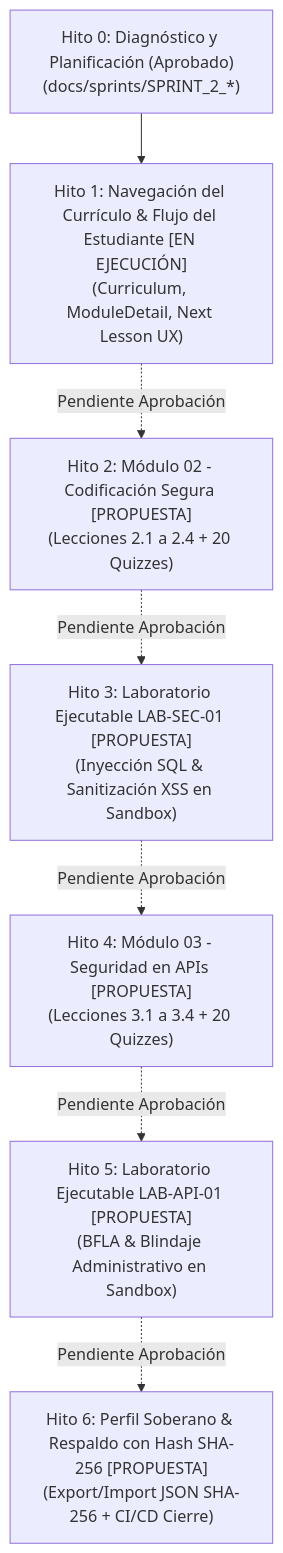
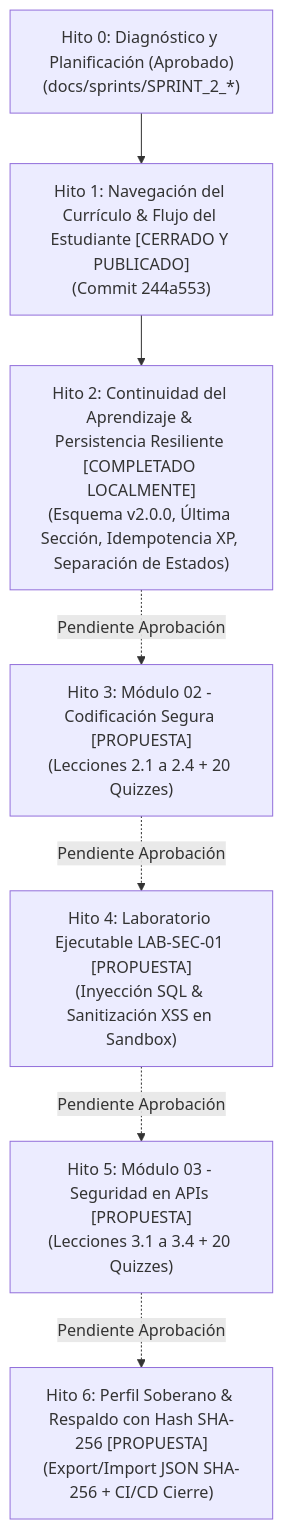
Before and after one commit to YamiCueto/app-sec-academy-io: the diagram in docs/sprints/SPRINT_2_PLAN.md, drawn with Mermaid. The commit also changed other lines of this file and 18 other files, not shown here.

````diff
--- a/docs/sprints/SPRINT_2_PLAN.md
+++ b/docs/sprints/SPRINT_2_PLAN.md
@@ -18,9 +18,9 @@
 ```mermaid
 graph TD
-    S2_H0["Hito 0: Diagnóstico y Planificación (Aprobado)<br/>(docs/sprints/SPRINT_2_*)"] --> S2_H1["Hito 1: Navegación del Currículo & Flujo del Estudiante [EN EJECUCIÓN]<br/>(Curriculum, ModuleDetail, Next Lesson UX)"]
-    S2_H1 -. "Pendiente Aprobación" .-> S2_H2["Hito 2: Módulo 02 - Codificación Segura [PROPUESTA]<br/>(Lecciones 2.1 a 2.4 + 20 Quizzes)"]
-    S2_H2 -. "Pendiente Aprobación" .-> S2_H3["Hito 3: Laboratorio Ejecutable LAB-SEC-01 [PROPUESTA]<br/>(Inyección SQL & Sanitización XSS en Sandbox)"]
-    S2_H3 -. "Pendiente Aprobación" .-> S2_H4["Hito 4: Módulo 03 - Seguridad en APIs [PROPUESTA]<br/>(Lecciones 3.1 a 3.4 + 20 Quizzes)"]
-    S2_H4 -. "Pendiente Aprobación" .-> S2_H5["Hito 5: Laboratorio Ejecutable LAB-API-01 [PROPUESTA]<br/>(BFLA & Blindaje Administrativo en Sandbox)"]
+    S2_H0["Hito 0: Diagnóstico y Planificación (Aprobado)<br/>(docs/sprints/SPRINT_2_*)"] --> S2_H1["Hito 1: Navegación del Currículo & Flujo del Estudiante [CERRADO Y PUBLICADO]<br/>(Commit 244a553)"]
+    S2_H1 --> S2_H2["Hito 2: Continuidad del Aprendizaje & Persistencia Resiliente [COMPLETADO LOCALMENTE]<br/>(Esquema v2.0.0, Última Sección, Idempotencia XP, Separación de Estados)"]
+    S2_H2 -. "Pendiente Aprobación" .-> S2_H3["Hito 3: Módulo 02 - Codificación Segura [PROPUESTA]<br/>(Lecciones 2.1 a 2.4 + 20 Quizzes)"]
+    S2_H3 -. "Pendiente Aprobación" .-> S2_H4["Hito 4: Laboratorio Ejecutable LAB-SEC-01 [PROPUESTA]<br/>(Inyección SQL & Sanitización XSS en Sandbox)"]
+    S2_H4 -. "Pendiente Aprobación" .-> S2_H5["Hito 5: Módulo 03 - Seguridad en APIs [PROPUESTA]<br/>(Lecciones 3.1 a 3.4 + 20 Quizzes)"]
     S2_H5 -. "Pendiente Aprobación" .-> S2_H6["Hito 6: Perfil Soberano & Respaldo con Hash SHA-256 [PROPUESTA]<br/>(Export/Import JSON SHA-256 + CI/CD Cierre)"]
 ```
````
